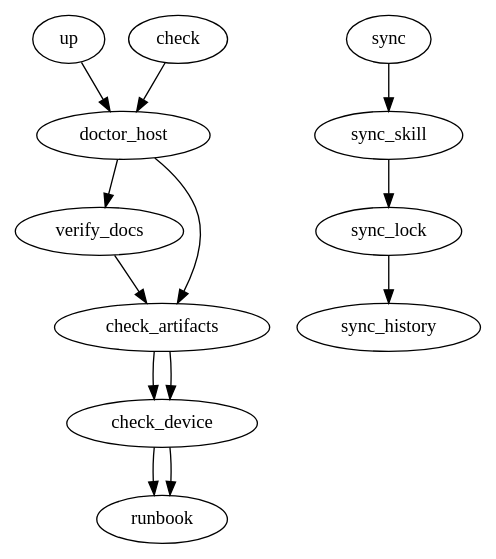
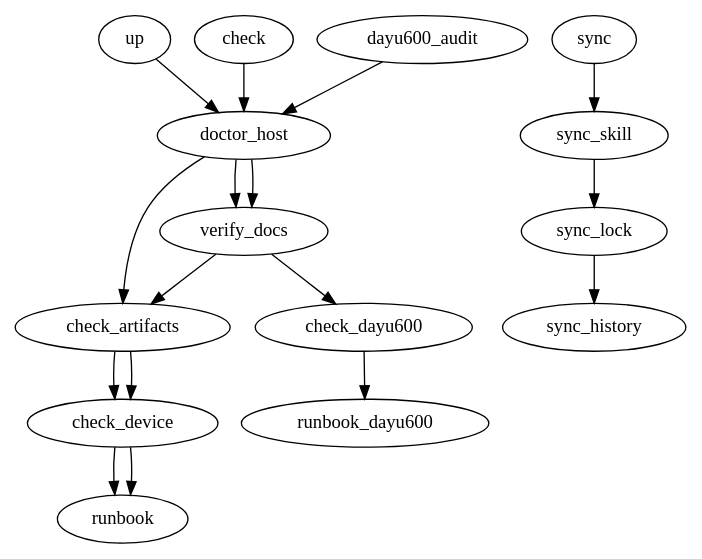
Before and after one commit to BH3GEI/westlake-piercing: the diagram in REPO_PIPELINE.dot, drawn with Graphviz. The commit also changed 9 other files, not shown here.

Commit message:
Add DAYU600 port audit track

```diff
--- a/REPO_PIPELINE.dot
+++ b/REPO_PIPELINE.dot
@@ -1,71 +1,89 @@
 digraph westlake_repo_skill {
   graph [
     skill="westlake-piercing",
     version="0.1",
     default_runner=".repo-skill/src/dot_runner.py"
   ];
 
   up [
     type="workflow",
     steps="doctor_host check_artifacts check_device runbook"
   ];
 
   check [
     type="workflow",
     steps="doctor_host verify_docs check_artifacts check_device runbook"
+  ];
+
+  dayu600_audit [
+    type="workflow",
+    steps="doctor_host verify_docs check_dayu600 runbook_dayu600"
   ];
 
   sync [
     type="workflow",
     steps="sync_skill sync_lock sync_history"
   ];
 
   doctor_host [
     kind="cmd",
     cmd="python3 .repo-skill/src/westlake_checks.py host",
     purpose="check host tools and reference paths"
   ];
 
   verify_docs [
     kind="cmd",
     cmd="python3 .repo-skill/src/westlake_checks.py docs",
     purpose="check that the reproduction docs and lock files are present"
   ];
 
   check_artifacts [
     kind="cmd",
     cmd="python3 .repo-skill/src/westlake_checks.py artifacts",
     purpose="check external binary baseline or rebuild inputs"
   ];
 
   check_device [
     kind="cmd",
     cmd="python3 .repo-skill/src/westlake_checks.py device",
     purpose="check DAYU200/RK3568 hdc reachability"
   ];
 
+  check_dayu600 [
+    kind="cmd",
+    cmd="python3 .repo-skill/src/westlake_checks.py dayu600",
+    purpose="check DAYU600/uis7885 hdc reachability and non-mutating substrate facts"
+  ];
+
   runbook [
     kind="cmd",
     cmd="python3 .repo-skill/src/westlake_checks.py runbook",
     purpose="print the next replay documents and validation target"
+  ];
+
+  runbook_dayu600 [
+    kind="cmd",
+    cmd="python3 .repo-skill/src/westlake_checks.py runbook-dayu600",
+    purpose="print the DAYU600 porting runbook and safety rules"
   ];
 
   sync_skill [
     kind="agent",
     purpose="update REPO_SKILL.md and .repo-skill/SKILL.md if project knowledge changed"
   ];
 
   sync_lock [
     kind="agent",
     purpose="update REPO_LOCK.toml if versions, hashes, hardware, tools, or artifacts changed"
   ];
 
   sync_history [
     kind="agent",
     purpose="append REPO_HISTORY.dot and .repo-skill/turns/<change>.md before commit"
   ];
 
   up -> doctor_host -> check_artifacts -> check_device -> runbook;
   check -> doctor_host -> verify_docs -> check_artifacts -> check_device -> runbook;
+  dayu600_audit -> doctor_host -> verify_docs -> check_dayu600 -> runbook_dayu600;
   sync -> sync_skill -> sync_lock -> sync_history;
 }
```
